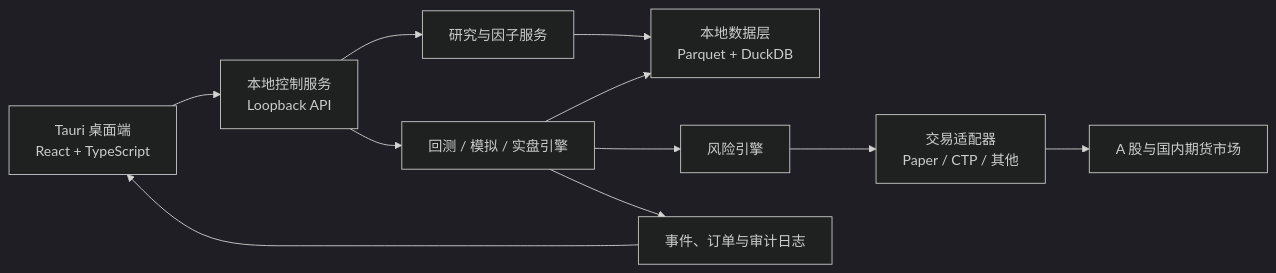
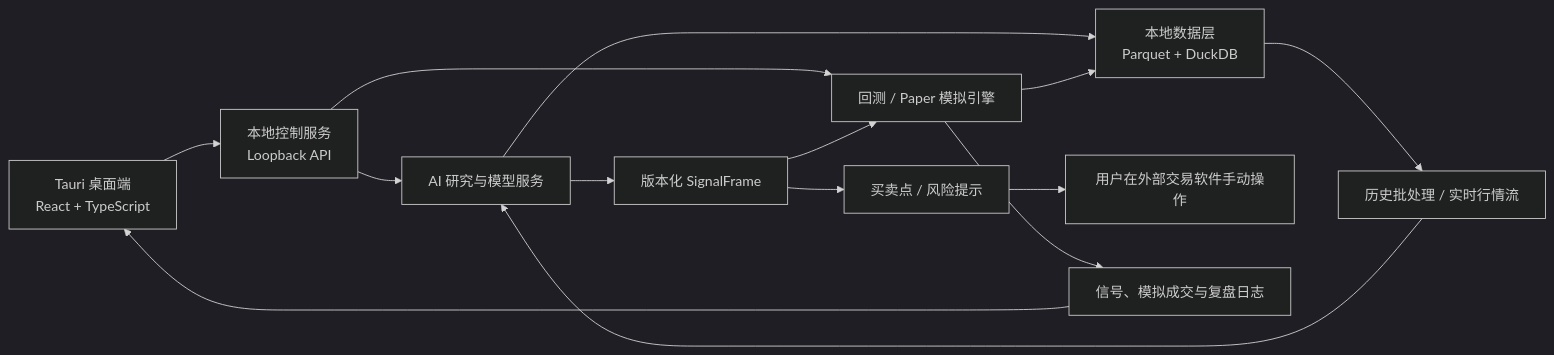
Before and after one commit to Xiaogans1/AstraQuant: the diagram in README.md, drawn with Mermaid (dark theme). The commit also changed other lines of this file and 357 other files, not shown here.

````diff
--- a/README.md
+++ b/README.md
@@ -31,13 +36,16 @@
 ```mermaid
 flowchart LR
     UI["Tauri 桌面端<br/>React + TypeScript"] --> API["本地控制服务<br/>Loopback API"]
-    API --> Research["研究与因子服务"]
-    API --> Engine["回测 / 模拟 / 实盘引擎"]
+    API --> Research["AI 研究与模型服务"]
+    API --> Engine["回测 / Paper 模拟引擎"]
     Research --> Data["本地数据层<br/>Parquet + DuckDB"]
+    Data --> Stream["历史批处理 / 实时行情流"]
+    Stream --> Research
+    Research --> Signal["版本化 SignalFrame"]
+    Signal --> Advice["买卖点 / 风险提示"]
+    Signal --> Engine
     Engine --> Data
-    Engine --> Risk["风险引擎"]
-    Risk --> Gateway["交易适配器<br/>Paper / CTP / 其他"]
-    Gateway --> Market["A 股与国内期货市场"]
-    Engine --> Audit["事件、订单与审计日志"]
+    Advice --> Manual["用户在外部交易软件手动操作"]
+    Engine --> Audit["信号、模拟成交与复盘日志"]
     Audit --> UI
 ```
````
